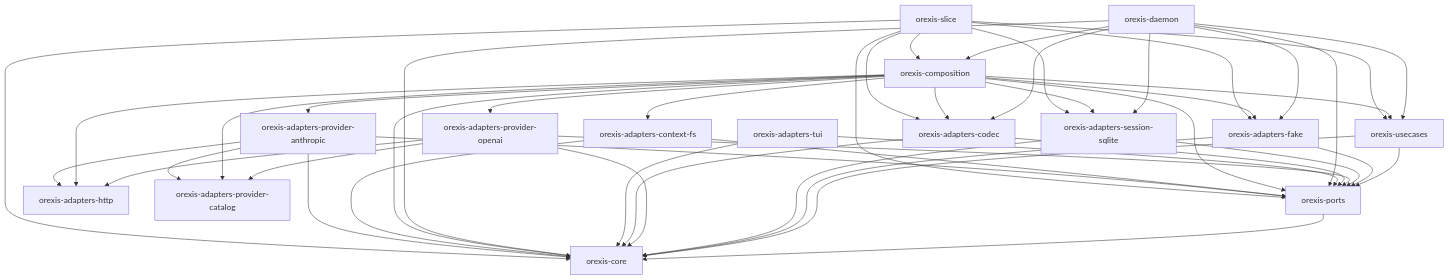
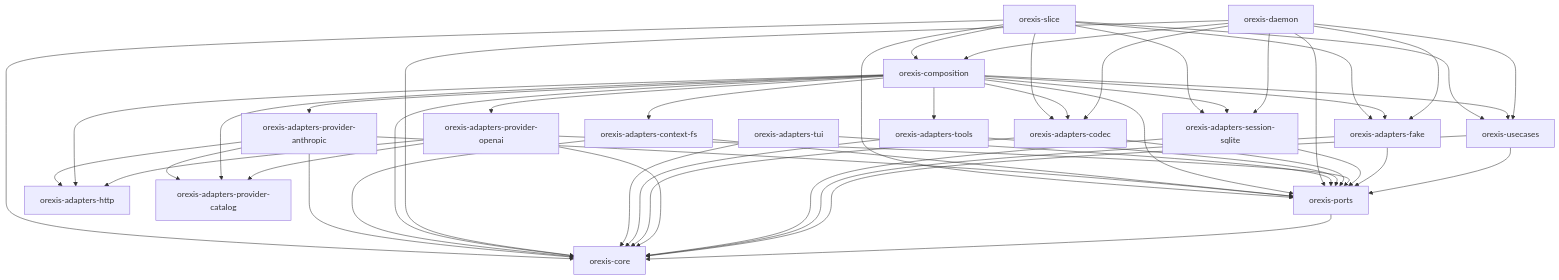
One commit to KidIkaros/orexis changed the diagram in docs/orexis/seams.md. Above: the diagram before and after it, drawn with Mermaid. The commit also changed 17 other files, not shown here.

First line of the commit message:
feat(orexis): core local tools and path sandbox (M3-01)

````diff
--- a/docs/orexis/seams.md
+++ b/docs/orexis/seams.md
@@ -5,49 +5,52 @@
 ```mermaid
 graph TD
   orexis-ports --> orexis-core
   orexis-usecases --> orexis-core
   orexis-usecases --> orexis-ports
   orexis-adapters-fake --> orexis-core
   orexis-adapters-fake --> orexis-ports
   orexis-adapters-session-sqlite --> orexis-core
   orexis-adapters-session-sqlite --> orexis-ports
   orexis-adapters-provider-openai --> orexis-adapters-http
   orexis-adapters-provider-openai --> orexis-adapters-provider-catalog
   orexis-adapters-provider-openai --> orexis-core
   orexis-adapters-provider-openai --> orexis-ports
   orexis-adapters-codec --> orexis-core
   orexis-adapters-codec --> orexis-ports
+  orexis-adapters-tools --> orexis-core
+  orexis-adapters-tools --> orexis-ports
   orexis-adapters-tui --> orexis-core
   orexis-adapters-tui --> orexis-ports
   orexis-daemon --> orexis-adapters-codec
   orexis-daemon --> orexis-adapters-fake
   orexis-daemon --> orexis-adapters-session-sqlite
   orexis-daemon --> orexis-composition
   orexis-daemon --> orexis-core
   orexis-daemon --> orexis-ports
   orexis-daemon --> orexis-usecases
   orexis-composition --> orexis-adapters-codec
   orexis-composition --> orexis-adapters-context-fs
   orexis-composition --> orexis-adapters-fake
   orexis-composition --> orexis-adapters-http
   orexis-composition --> orexis-adapters-provider-anthropic
   orexis-composition --> orexis-adapters-provider-catalog
   orexis-composition --> orexis-adapters-provider-openai
   orexis-composition --> orexis-adapters-session-sqlite
+  orexis-composition --> orexis-adapters-tools
   orexis-composition --> orexis-core
   orexis-composition --> orexis-ports
   orexis-composition --> orexis-usecases
   orexis-adapters-context-fs --> orexis-core
   orexis-adapters-context-fs --> orexis-ports
   orexis-adapters-provider-anthropic --> orexis-adapters-http
   orexis-adapters-provider-anthropic --> orexis-adapters-provider-catalog
   orexis-adapters-provider-anthropic --> orexis-core
   orexis-adapters-provider-anthropic --> orexis-ports
   orexis-slice --> orexis-adapters-codec
   orexis-slice --> orexis-adapters-fake
   orexis-slice --> orexis-adapters-session-sqlite
   orexis-slice --> orexis-composition
   orexis-slice --> orexis-core
   orexis-slice --> orexis-ports
   orexis-slice --> orexis-usecases
 ```
````
